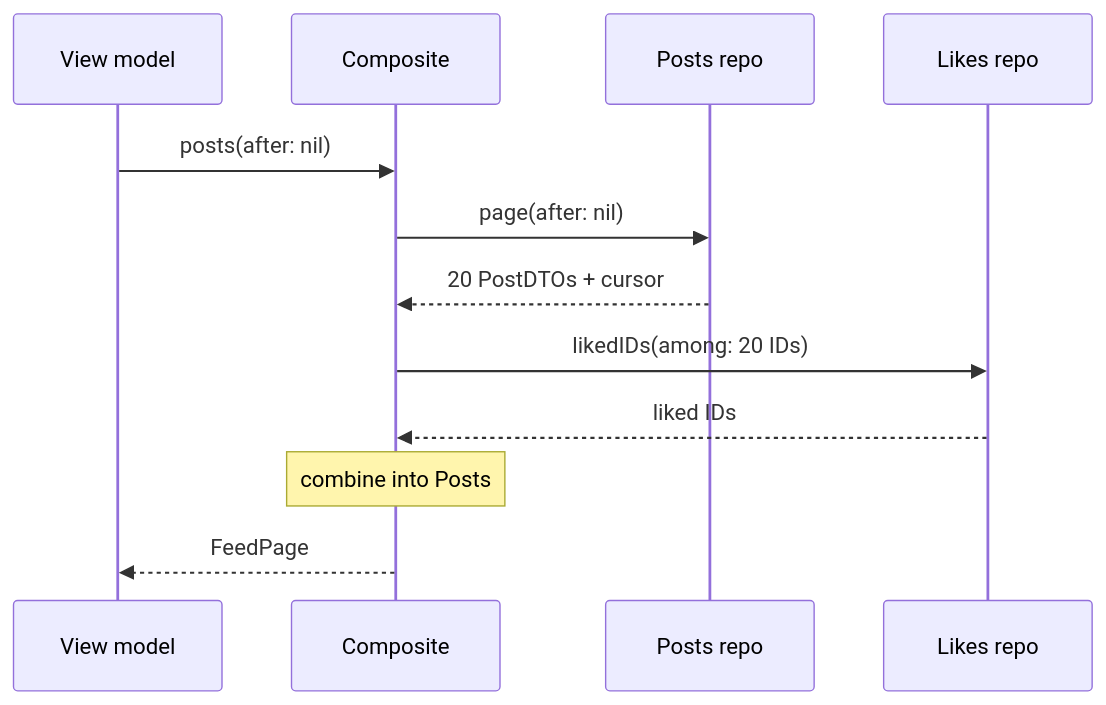
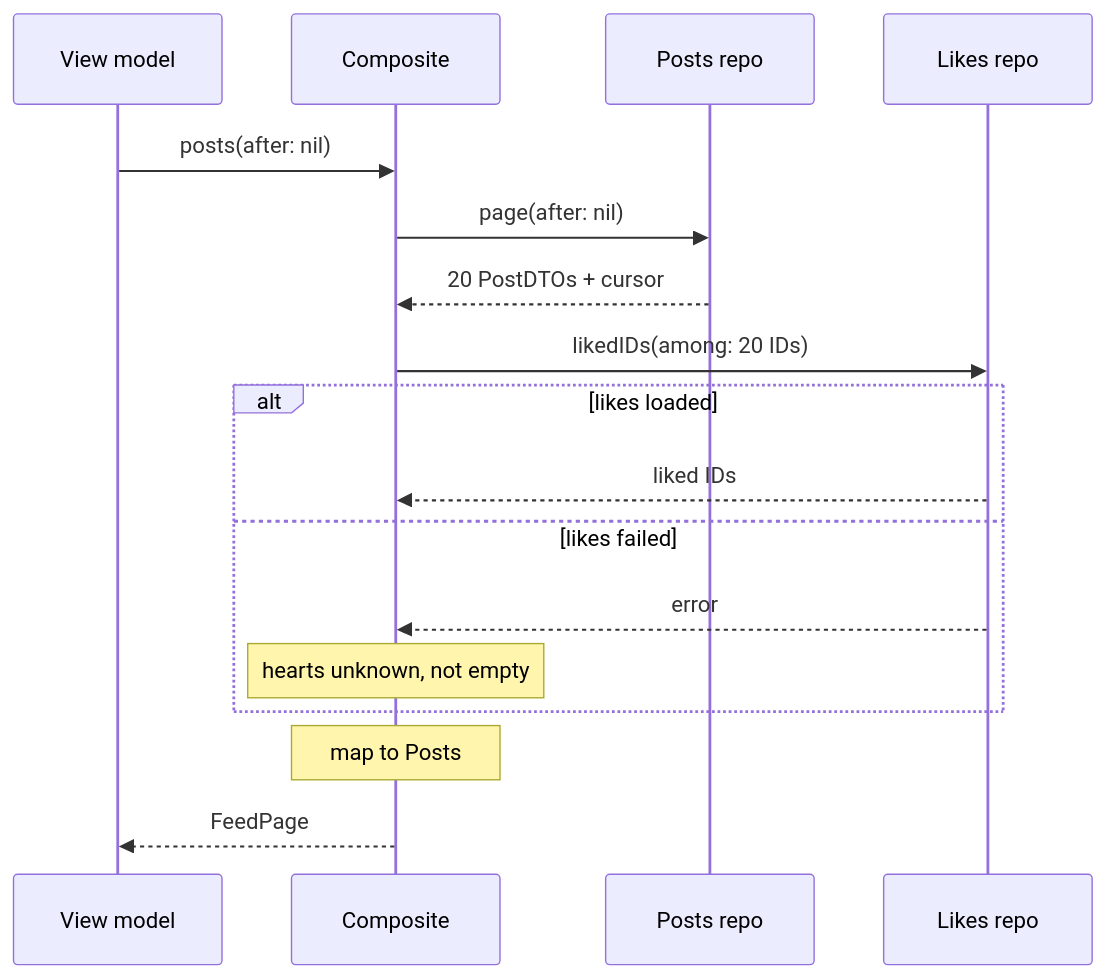
One commit to rezabina86/reference-desk changed the second of 3 diagrams in topics/system-design/02-infinite-photo-feed.md. Above: the diagram before and after it, drawn with Mermaid. The commit also changed other lines of this file and 5 other files, not shown here.

````diff
--- a/topics/system-design/02-infinite-photo-feed.md
+++ b/topics/system-design/02-infinite-photo-feed.md
@@ -337,14 +360,19 @@
 ```mermaid
 sequenceDiagram
   participant VM as View model
   participant C as Composite
   participant P as Posts repo
   participant L as Likes repo
   VM->>C: posts(after: nil)
   C->>P: page(after: nil)
   P-->>C: 20 PostDTOs + cursor
   C->>L: likedIDs(among: 20 IDs)
-  L-->>C: liked IDs
-  Note over C: combine into Posts
+  alt likes loaded
+    L-->>C: liked IDs
+  else likes failed
+    L-->>C: error
+    Note over C: hearts unknown, not empty
+  end
+  Note over C: map to Posts
   C-->>VM: FeedPage
 ```
````
